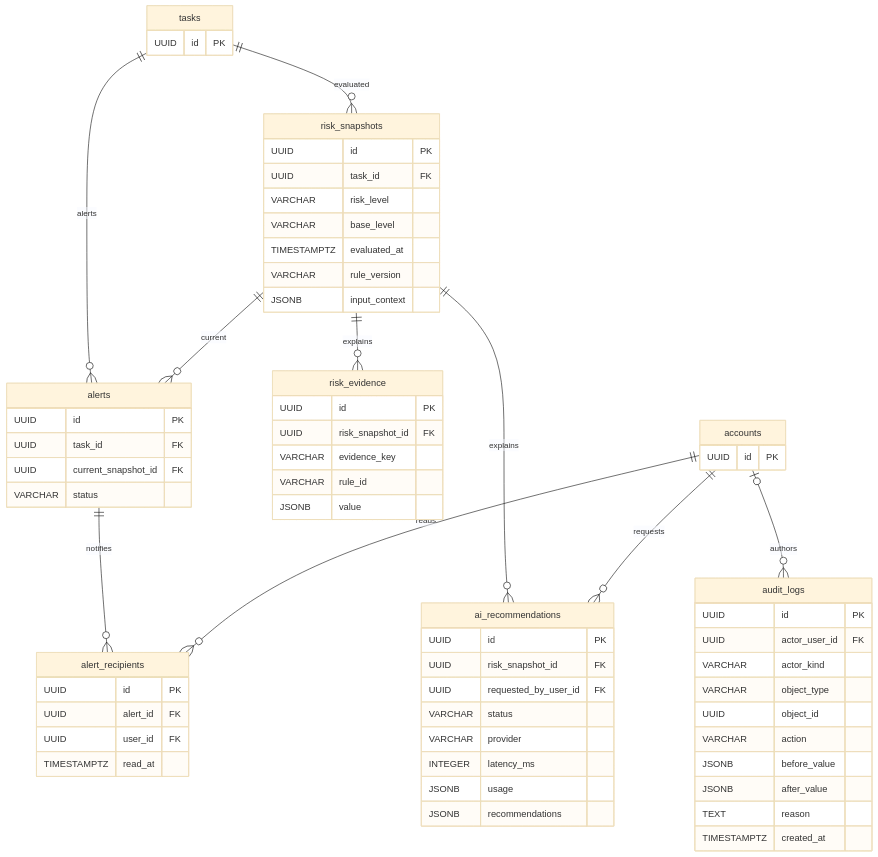
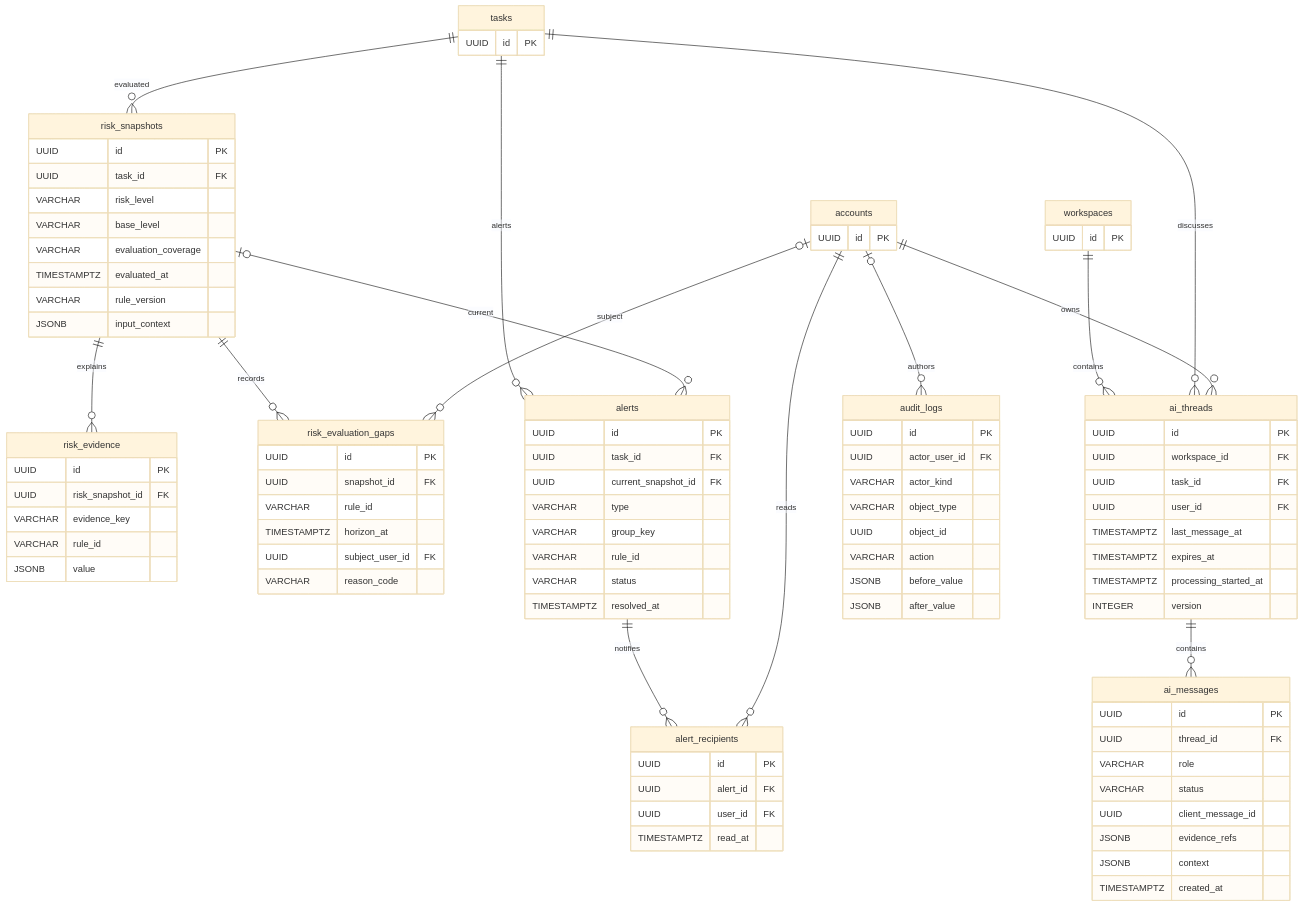
Before and after one commit to KhoiTran2905/CWRM-platform: the third of 3 diagrams in docs/architecture/CWRM-11_ERD.md, drawn with Mermaid (base theme). The commit also changed other lines of this file and 3 other files, not shown here.

````diff
--- a/docs/architecture/CWRM-11_ERD.md
+++ b/docs/architecture/CWRM-11_ERD.md
@@ -208,68 +193,63 @@
 ```mermaid
 erDiagram
-    tasks {
-        UUID id PK
-    }
-    accounts {
-        UUID id PK
-    }
+    tasks { UUID id PK }
+    accounts { UUID id PK }
+    workspaces { UUID id PK }
     risk_snapshots {
         UUID id PK
         UUID task_id FK
         VARCHAR risk_level
         VARCHAR base_level
+        VARCHAR evaluation_coverage
         TIMESTAMPTZ evaluated_at
         VARCHAR rule_version
         JSONB input_context
     }
-    risk_evidence {
-        UUID id PK
-        UUID risk_snapshot_id FK
-        VARCHAR evidence_key
-        VARCHAR rule_id
-        JSONB value
-    }
+    risk_evidence { UUID id PK UUID risk_snapshot_id FK VARCHAR evidence_key VARCHAR rule_id JSONB value }
+    risk_evaluation_gaps { UUID id PK UUID snapshot_id FK VARCHAR rule_id TIMESTAMPTZ horizon_at UUID subject_user_id FK VARCHAR reason_code }
     alerts {
         UUID id PK
         UUID task_id FK
         UUID current_snapshot_id FK
+        VARCHAR type
+        VARCHAR group_key
+        VARCHAR rule_id
         VARCHAR status
+        TIMESTAMPTZ resolved_at
     }
-    alert_recipients {
+    alert_recipients { UUID id PK UUID alert_id FK UUID user_id FK TIMESTAMPTZ read_at }
+    ai_threads {
         UUID id PK
-        UUID alert_id FK
+        UUID workspace_id FK
+        UUID task_id FK
         UUID user_id FK
-        TIMESTAMPTZ read_at
+        TIMESTAMPTZ last_message_at
+        TIMESTAMPTZ expires_at
+        TIMESTAMPTZ processing_started_at
+        INTEGER version
     }
-    ai_recommendations {
+    ai_messages {
         UUID id PK
-        UUID risk_snapshot_id FK
-        UUID requested_by_user_id FK
+        UUID thread_id FK
+        VARCHAR role
         VARCHAR status
-        VARCHAR provider
-        INTEGER latency_ms
-        JSONB usage
-        JSONB recommendations
-    }
-    audit_logs {
-        UUID id PK
-        UUID actor_user_id FK
-        VARCHAR actor_kind
-        VARCHAR object_type
-        UUID object_id
-        VARCHAR action
-        JSONB before_value
-        JSONB after_value
-        TEXT reason
+        UUID client_message_id
+        JSONB evidence_refs
+        JSONB context
         TIMESTAMPTZ created_at
     }
+    audit_logs { UUID id PK UUID actor_user_id FK VARCHAR actor_kind VARCHAR object_type UUID object_id VARCHAR action JSONB before_value JSONB after_value }
     tasks ||--o{ risk_snapshots : evaluated
     risk_snapshots ||--o{ risk_evidence : explains
+    risk_snapshots ||--o{ risk_evaluation_gaps : records
+    accounts o|--o{ risk_evaluation_gaps : subject
     tasks ||--o{ alerts : alerts
-    risk_snapshots ||--o{ alerts : current
+    risk_snapshots o|--o{ alerts : current
     alerts ||--o{ alert_recipients : notifies
     accounts ||--o{ alert_recipients : reads
-    risk_snapshots ||--o{ ai_recommendations : explains
-    accounts ||--o{ ai_recommendations : requests
+    workspaces ||--o{ ai_threads : contains
+    tasks ||--o{ ai_threads : discusses
+    accounts ||--o{ ai_threads : owns
+    ai_threads ||--o{ ai_messages : contains
     accounts o|--o{ audit_logs : authors
 ```
````
